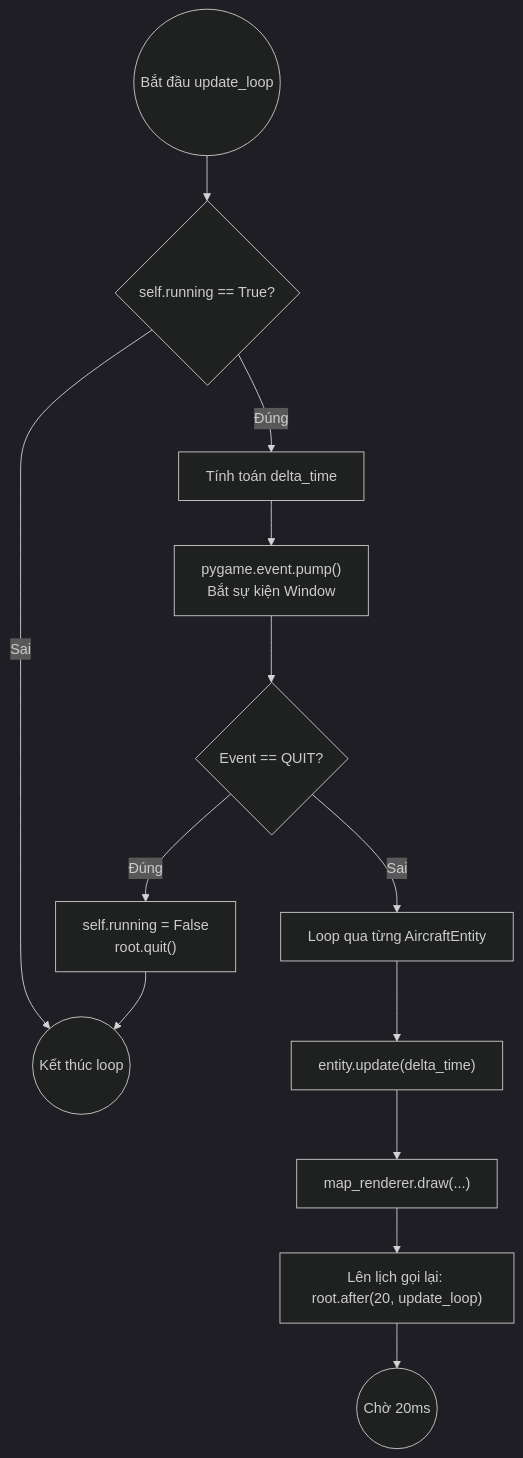
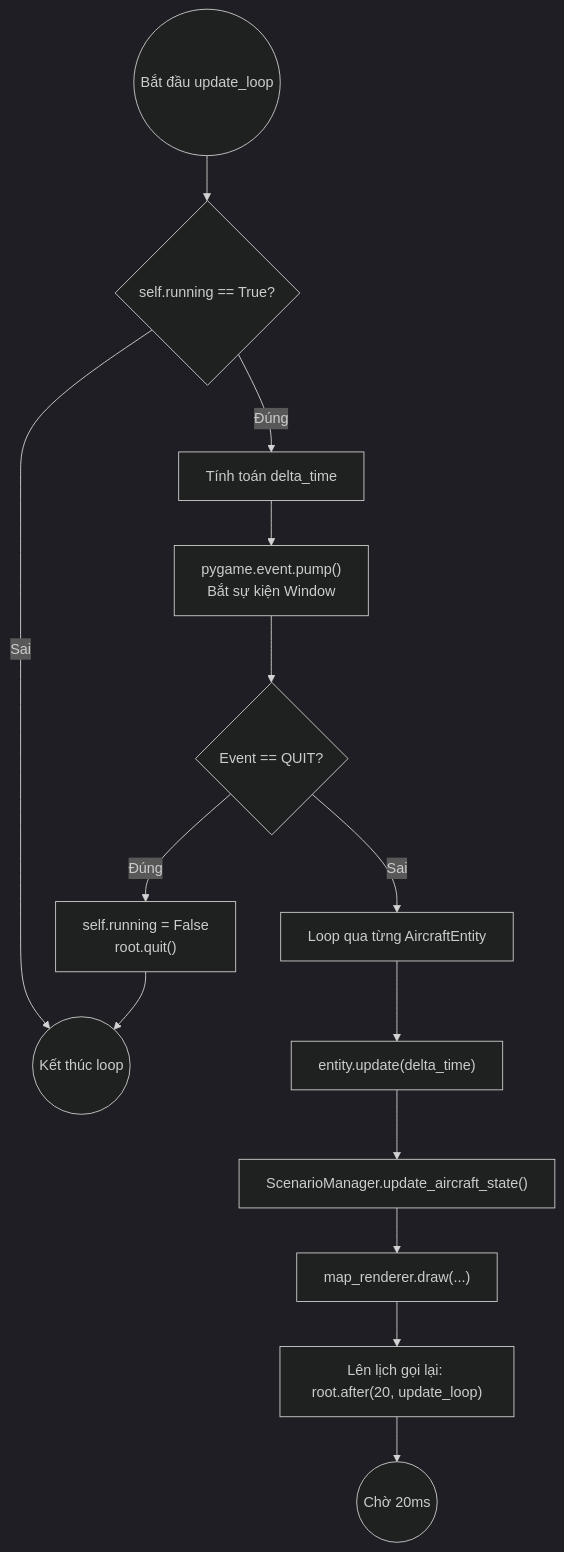
Before and after one commit to nguyenhoclaptrinh/DTaxi-airport-v3-public: the second of 4 diagrams in docs/antigravity/030-Design/Execution-Flow.md, drawn with Mermaid (dark theme). The commit also changed other lines of this file and 14 other files, not shown here.

````diff
--- a/docs/antigravity/030-Design/Execution-Flow.md
+++ b/docs/antigravity/030-Design/Execution-Flow.md
@@ -42,18 +42,19 @@
 ```mermaid
 flowchart TD
     Start((Bắt đầu update_loop)) --> CheckRunning{self.running == True?}
     CheckRunning -- Sai --> End((Kết thúc loop))
     
     CheckRunning -- Đúng --> CalcDelta[Tính toán delta_time]
     CalcDelta --> PumpEvent["pygame.event.pump() <br/> Bắt sự kiện Window"]
     
     PumpEvent --> CheckQuit{Event == QUIT?}
     CheckQuit -- Đúng --> SetRunningFalse["self.running = False <br/> root.quit()"] --> End
     
     CheckQuit -- Sai --> UpdateEntities[Loop qua từng AircraftEntity]
     UpdateEntities --> EntityUpdate["entity.update(delta_time)"]
-    EntityUpdate --> DrawMap["map_renderer.draw(...)"]
+    EntityUpdate --> SyncState["ScenarioManager.update_aircraft_state()"]
+    SyncState --> DrawMap["map_renderer.draw(...)"]
     
     DrawMap --> ScheduleNext["Lên lịch gọi lại: root.after(20, update_loop)"]
     ScheduleNext --> Wait((Chờ 20ms))
 ```
````
